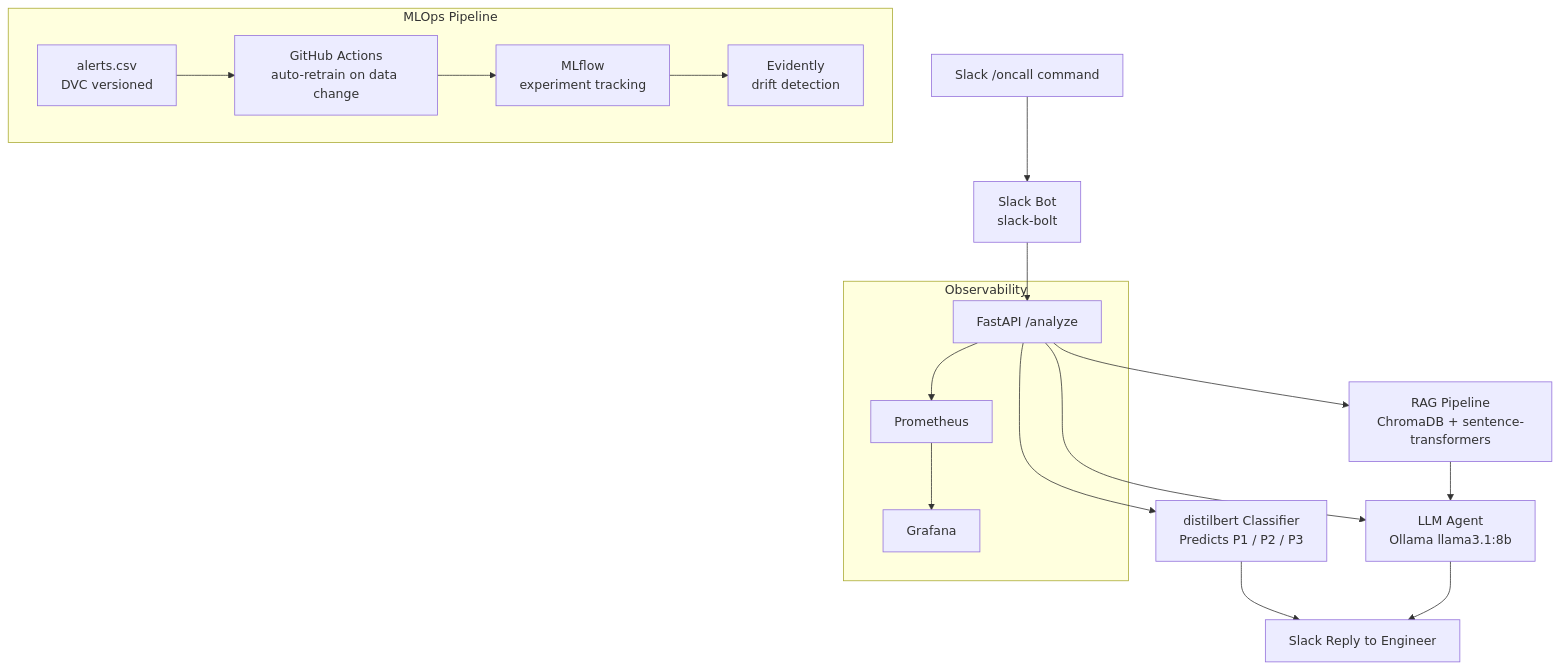
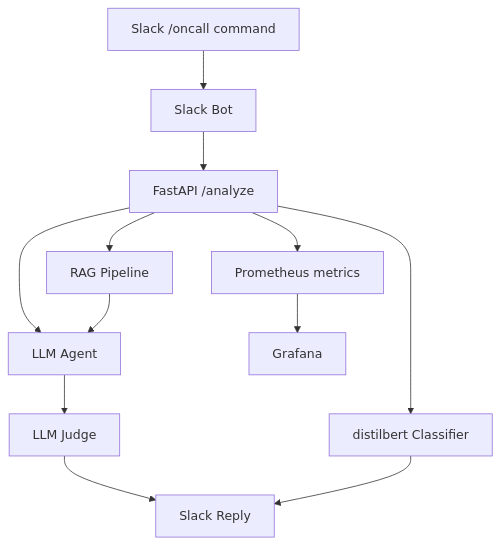
The first of 2 diagrams in README.md (nourdz5/sre-ai-copilot), drawn with Mermaid before and after one commit. The commit also changed other lines of this file, not shown here.

Commit message:
Add missing features to README: Trivy, Judge, PII scrubbing, rate limiting, webhook

````diff
--- a/README.md
+++ b/README.md
@@ -24,22 +24,14 @@
 ```mermaid
 flowchart TD
-    A[Slack /oncall command] --> B[Slack Bot\nslack-bolt]
+    A[Slack /oncall command] --> B[Slack Bot]
     B --> C[FastAPI /analyze]
-    C --> D[distilbert Classifier\nPredicts P1 / P2 / P3]
-    C --> E[RAG Pipeline\nChromaDB + sentence-transformers]
-    C --> F[LLM Agent\nOllama llama3.1:8b]
+    C --> D[distilbert Classifier]
+    C --> E[RAG Pipeline]
+    C --> F[LLM Agent]
     E --> F
-    D --> G[Slack Reply to Engineer]
-    F --> G
-
-    subgraph MLOps Pipeline
-        H[alerts.csv\nDVC versioned] --> I[GitHub Actions\nauto-retrain on data change]
-        I --> J[MLflow\nexperiment tracking]
-        J --> K[Evidently\ndrift detection]
-    end
-
-    subgraph Observability
-        L[Prometheus] --> M[Grafana]
-        C --> L
-    end
+    F --> G[LLM Judge]
+    G --> H[Slack Reply]
+    D --> H
+    C --> I[Prometheus metrics]
+    I --> J[Grafana]
 ```
````
